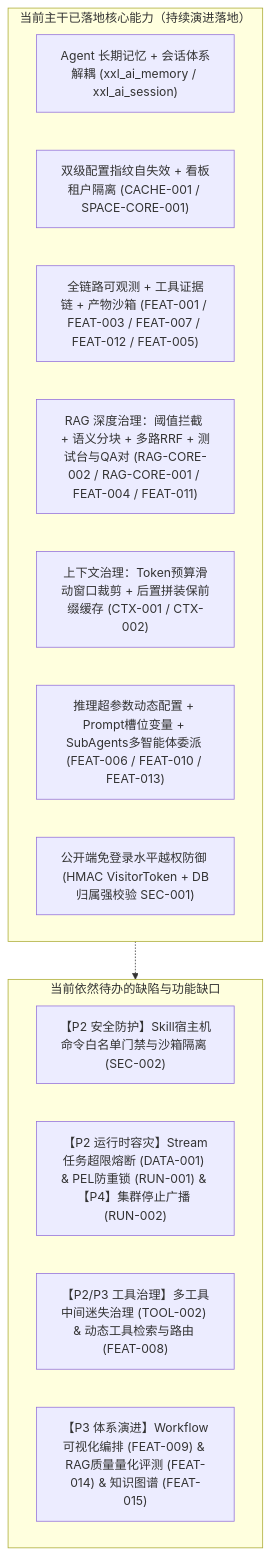
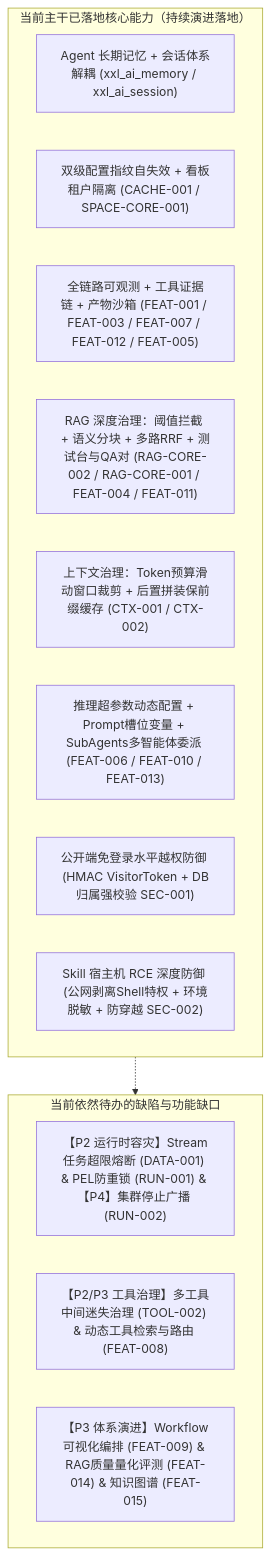
Before and after one commit to Qinstudy/xxl-ai: the first of 2 diagrams in docs/XXL-AI-核心缺陷与功能演进优先级总表-v1.0.md, drawn with Mermaid. The commit also changed other lines of this file and 4 other files, not shown here.

Commit message:
fix(security): 落地 Skill 宿主机 RCE 深度防御方案，含公网发布剥离 Shell、环境脱敏与物化防穿越 [SEC-002]

````diff
--- a/docs/XXL-AI-核心缺陷与功能演进优先级总表-v1.0.md
+++ b/docs/XXL-AI-核心缺陷与功能演进优先级总表-v1.0.md
@@ -34,21 +34,21 @@
 ```mermaid
 flowchart TD
     subgraph Done["当前主干已落地核心能力（持续演进落地）"]
         D1["Agent 长期记忆 + 会话体系解耦 (xxl_ai_memory / xxl_ai_session)"]
         D2["双级配置指纹自失效 + 看板租户隔离 (CACHE-001 / SPACE-CORE-001)"]
         D3["全链路可观测 + 工具证据链 + 产物沙箱 (FEAT-001 / FEAT-003 / FEAT-007 / FEAT-012 / FEAT-005)"]
         D4["RAG 深度治理：阈值拦截 + 语义分块 + 多路RRF + 测试台与QA对 (RAG-CORE-002 / RAG-CORE-001 / FEAT-004 / FEAT-011)"]
         D5["上下文治理：Token预算滑动窗口裁剪 + 后置拼装保前缀缓存 (CTX-001 / CTX-002)"]
         D6["推理超参数动态配置 + Prompt槽位变量 + SubAgents多智能体委派 (FEAT-006 / FEAT-010 / FEAT-013)"]
         D7["公开端免登录水平越权防御 (HMAC VisitorToken + DB归属强校验 SEC-001)"]
+        D8["Skill 宿主机 RCE 深度防御 (公网剥离Shell特权 + 环境脱敏 + 防穿越 SEC-002)"]
     end
 
     subgraph StillGaps["当前依然待办的缺陷与功能缺口"]
-        G1["【P2 安全防护】Skill宿主机命令白名单门禁与沙箱隔离 (SEC-002)"]
-        G2["【P2 运行时容灾】Stream任务超限熔断 (DATA-001) & PEL防重锁 (RUN-001) & 【P4】集群停止广播 (RUN-002)"]
-        G3["【P2/P3 工具治理】多工具中间迷失治理 (TOOL-002) & 动态工具检索与路由 (FEAT-008)"]
-        G4["【P3 体系演进】Workflow可视化编排 (FEAT-009) & RAG质量量化评测 (FEAT-014) & 知识图谱 (FEAT-015)"]
+        G1["【P2 运行时容灾】Stream任务超限熔断 (DATA-001) & PEL防重锁 (RUN-001) & 【P4】集群停止广播 (RUN-002)"]
+        G2["【P2/P3 工具治理】多工具中间迷失治理 (TOOL-002) & 动态工具检索与路由 (FEAT-008)"]
+        G3["【P3 体系演进】Workflow可视化编排 (FEAT-009) & RAG质量量化评测 (FEAT-014) & 知识图谱 (FEAT-015)"]
     end
 
     Done -.-> StillGaps
 ```
````
